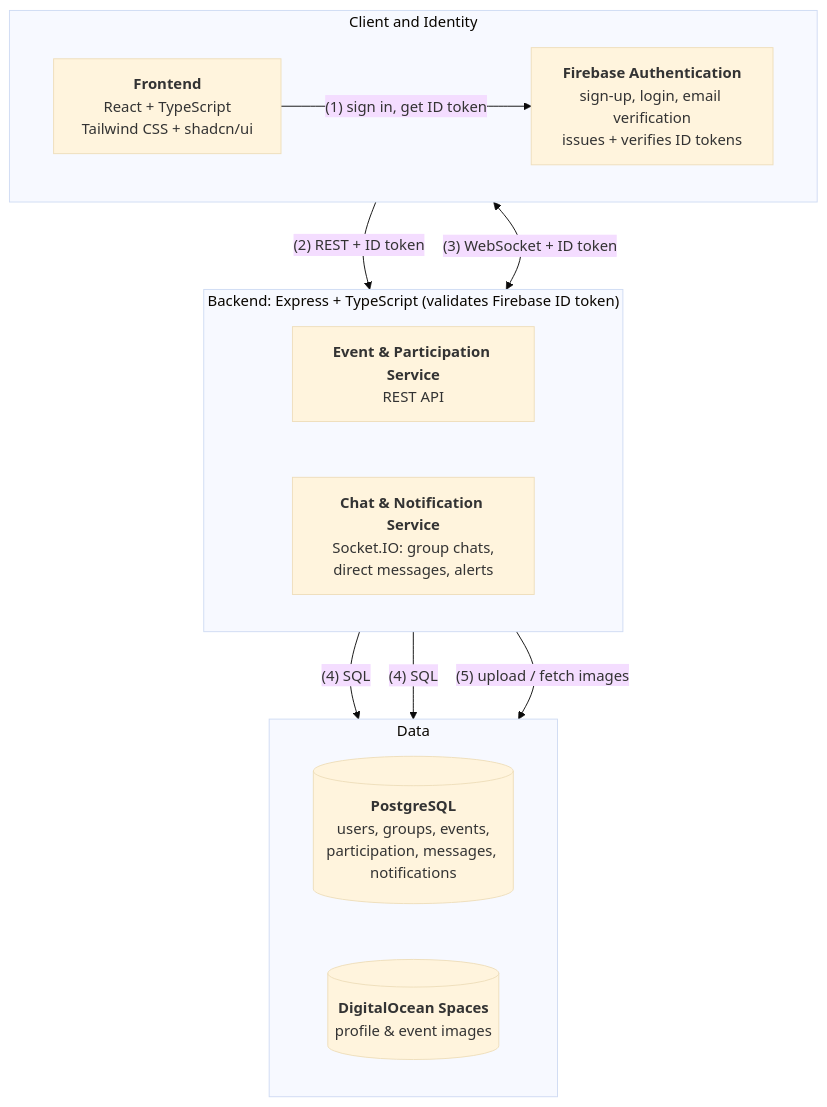
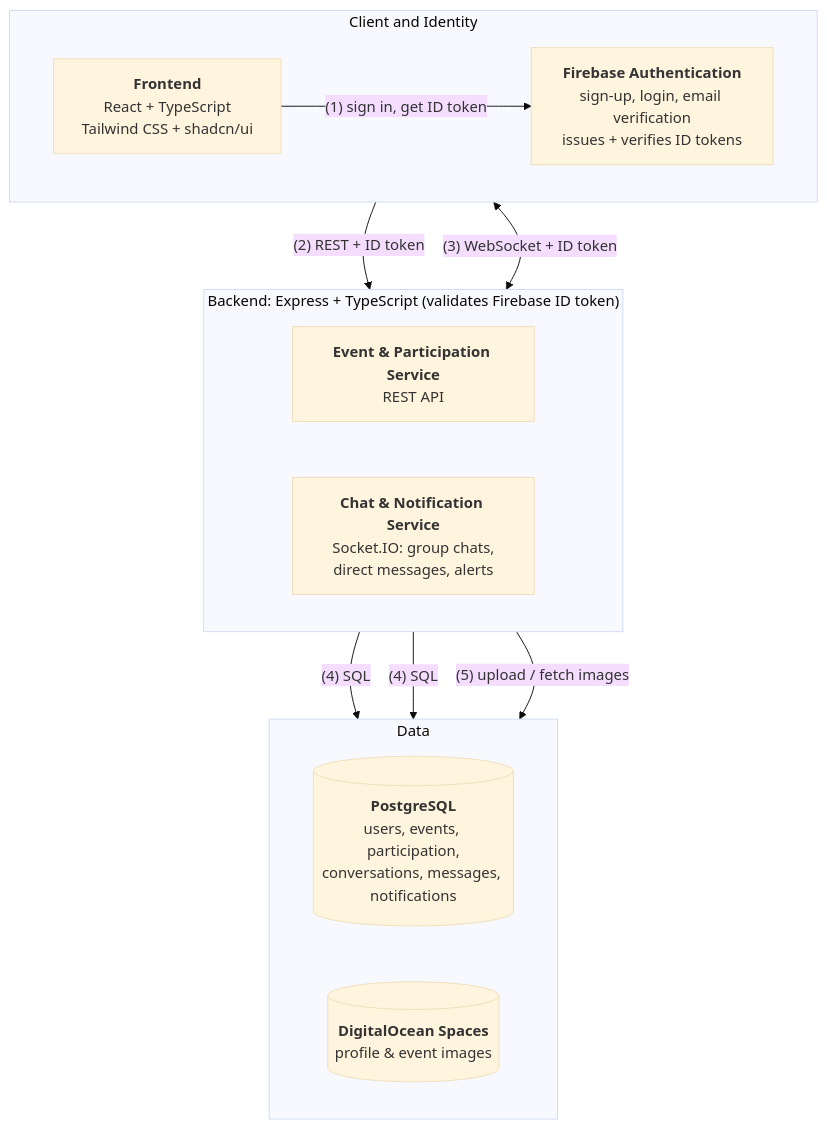
One commit to IreneLime/event-buddy-finder changed the diagram in images/architecture.mmd. Above: the diagram before and after it, drawn with Mermaid (base theme). The commit also changed 32 other files, not shown here.

Commit message:
Implement six-table PostgreSQL schema consolidation

```diff
--- a/images/architecture.mmd
+++ b/images/architecture.mmd
@@ -1,26 +1,26 @@
 %%{init: {"flowchart": {"nodeSpacing": 60, "rankSpacing": 70}}}%%
 flowchart TB
     subgraph CLIENT["Client and Identity"]
         direction LR
         FE["<b>Frontend</b><br/>React + TypeScript<br/>Tailwind CSS + shadcn/ui"]
         FB["<b>Firebase Authentication</b><br/>sign-up, login, email verification<br/>issues + verifies ID tokens"]
         FE -- "(1) sign in, get ID token" --> FB
     end
 
     subgraph BE["Backend: Express + TypeScript (validates Firebase ID token)"]
         direction LR
         EV["<b>Event & Participation Service</b><br/>REST API"]
         CH["<b>Chat & Notification Service</b><br/>Socket.IO: group chats,<br/>direct messages, alerts"]
     end
 
     subgraph DATA["Data"]
         direction LR
-        DB[("<b>PostgreSQL</b><br/>users, groups, events,<br/>participation, messages, notifications")]
+        DB[("<b>PostgreSQL</b><br/>users, events, participation,<br/>conversations, messages, notifications")]
         SP[("<b>DigitalOcean Spaces</b><br/>profile & event images")]
     end
 
     FE -- "(2) REST + ID token" --> EV
     FE <-->|"(3) WebSocket + ID token"| CH
     EV -- "(4) SQL" --> DB
     CH -- "(4) SQL" --> DB
     EV -- "(5) upload / fetch images" --> SP
```
